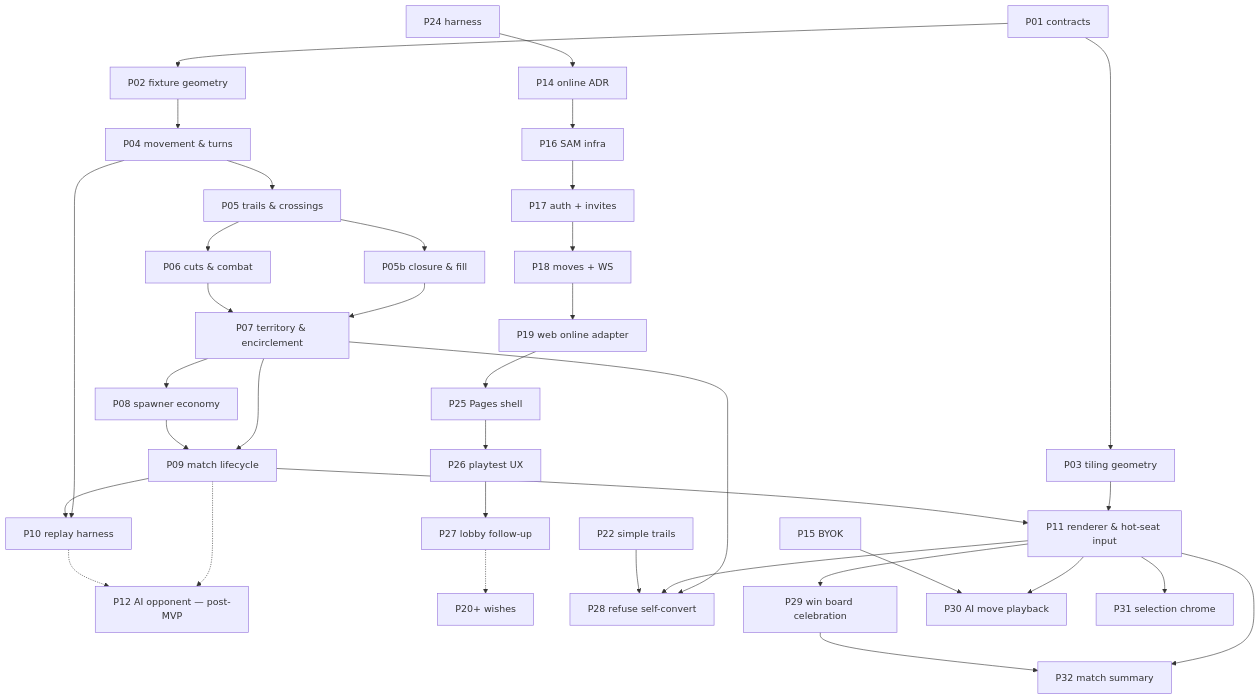
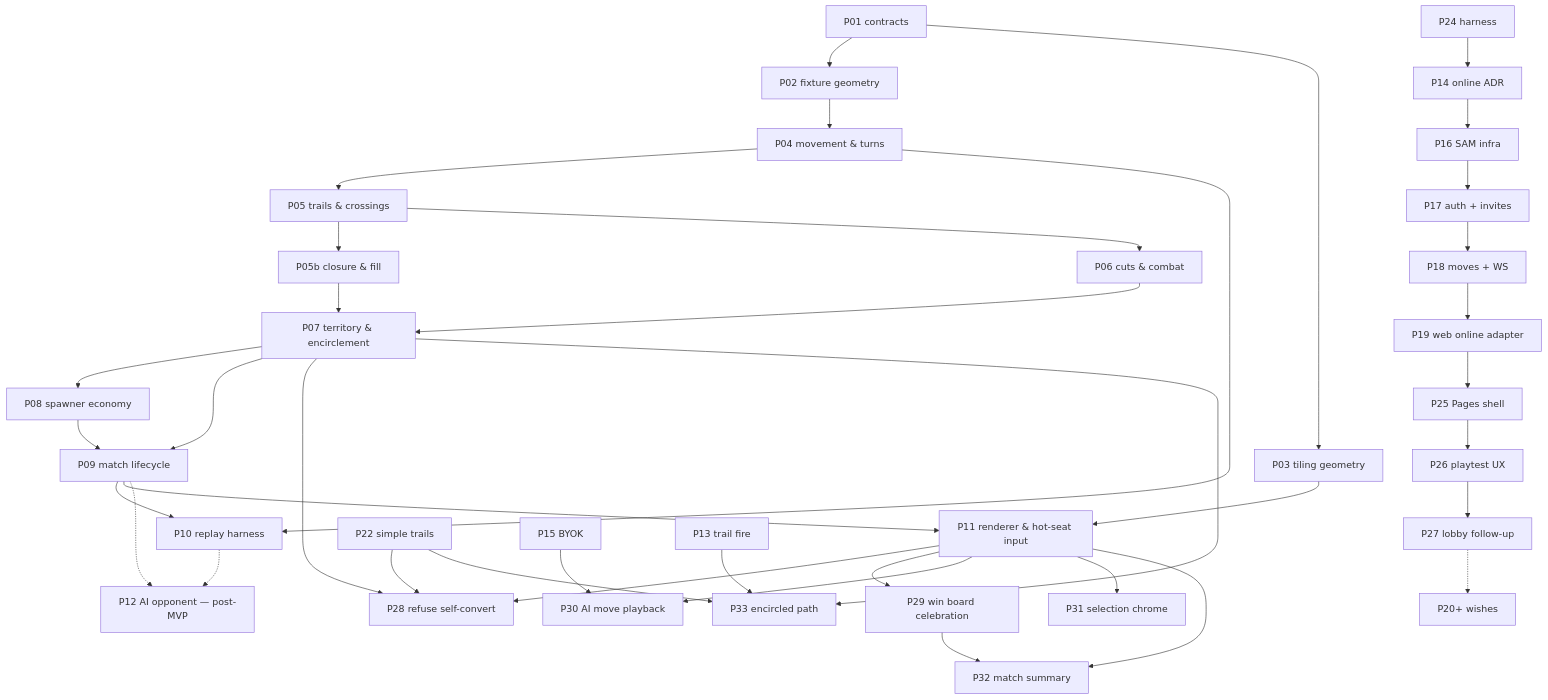
One commit to hochgi/arrows_conqueror changed the diagram in docs/design/02-work-packets.md. Above: the diagram before and after it, drawn with Mermaid. The commit also changed other lines of this file and 23 other files, not shown here.

First line of the commit message:
feat(rules): wipe encircled enemy trail on convert (P33)

````diff
--- a/docs/design/02-work-packets.md
+++ b/docs/design/02-work-packets.md
@@ -68,38 +69,41 @@
 ```mermaid
 flowchart TD
   P01["P01 contracts"] --> P02["P02 fixture geometry"]
   P01 --> P03["P03 tiling geometry"]
   P02 --> P04["P04 movement & turns"]
   P04 --> P05["P05 trails & crossings"]
   P05 --> P05B["P05b closure & fill"]
   P05 --> P06["P06 cuts & combat"]
   P05B --> P07["P07 territory & encirclement"]
   P06 --> P07
   P07 --> P08["P08 spawner economy"]
   P07 --> P09["P09 match lifecycle"]
   P08 --> P09
   P04 --> P10["P10 replay harness"]
   P09 --> P10
   P03 --> P11["P11 renderer & hot-seat input"]
   P09 --> P11
   P09 -.-> P12["P12 AI opponent — post-MVP"]
   P10 -.-> P12
   P24["P24 harness"] --> P14["P14 online ADR"]
   P14 --> P16["P16 SAM infra"]
   P16 --> P17["P17 auth + invites"]
   P17 --> P18["P18 moves + WS"]
   P18 --> P19["P19 web online adapter"]
   P19 --> P25["P25 Pages shell"]
   P25 --> P26["P26 playtest UX"]
   P26 --> P27["P27 lobby follow-up"]
   P27 -.-> P20["P20+ wishes"]
   P07 --> P28["P28 refuse self-convert"]
   P11 --> P28
   P22["P22 simple trails"] --> P28
   P11 --> P29["P29 win board celebration"]
   P11 --> P30["P30 AI move playback"]
   P15["P15 BYOK"] --> P30
   P11 --> P31["P31 selection chrome"]
   P11 --> P32["P32 match summary"]
   P29 --> P32
+  P07 --> P33["P33 encircled path"]
+  P13["P13 trail fire"] --> P33
+  P22 --> P33
 ```
````
